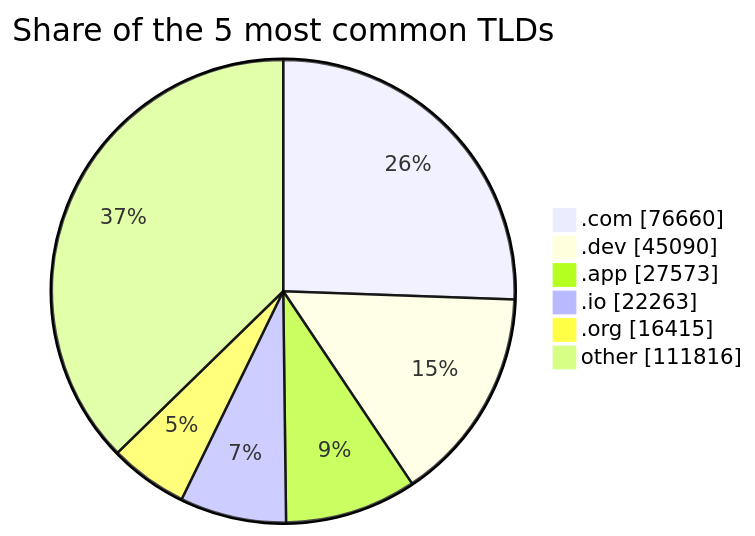
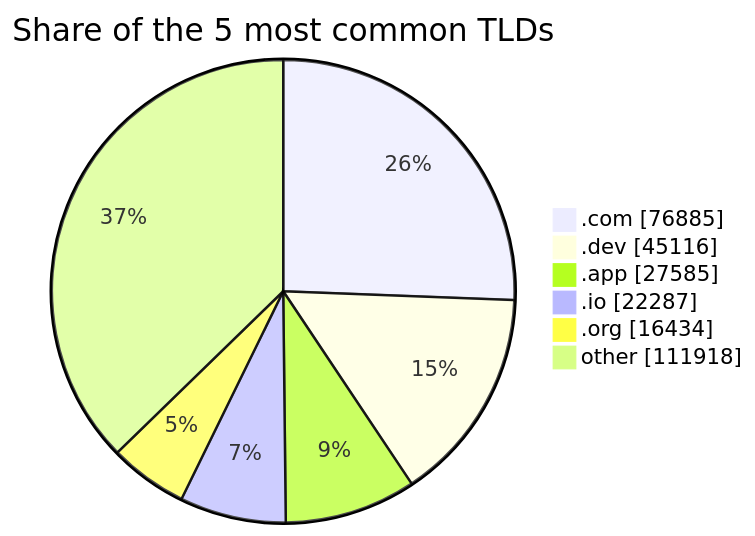
One commit to DNSBunker/CTI changed the third of 3 diagrams in README.md. Above: the diagram before and after it, drawn with Mermaid. The commit also changed other lines of this file and 3 other files, not shown here.

````diff
--- a/README.md
+++ b/README.md
@@ -81,9 +81,9 @@
 ```mermaid
 pie showData title Share of the 5 most common TLDs
-    ".com" : 76660
-    ".dev" : 45090
-    ".app" : 27573
-    ".io" : 22263
-    ".org" : 16415
-    "other" : 111816
+    ".com" : 76885
+    ".dev" : 45116
+    ".app" : 27585
+    ".io" : 22287
+    ".org" : 16434
+    "other" : 111918
 ```
````
